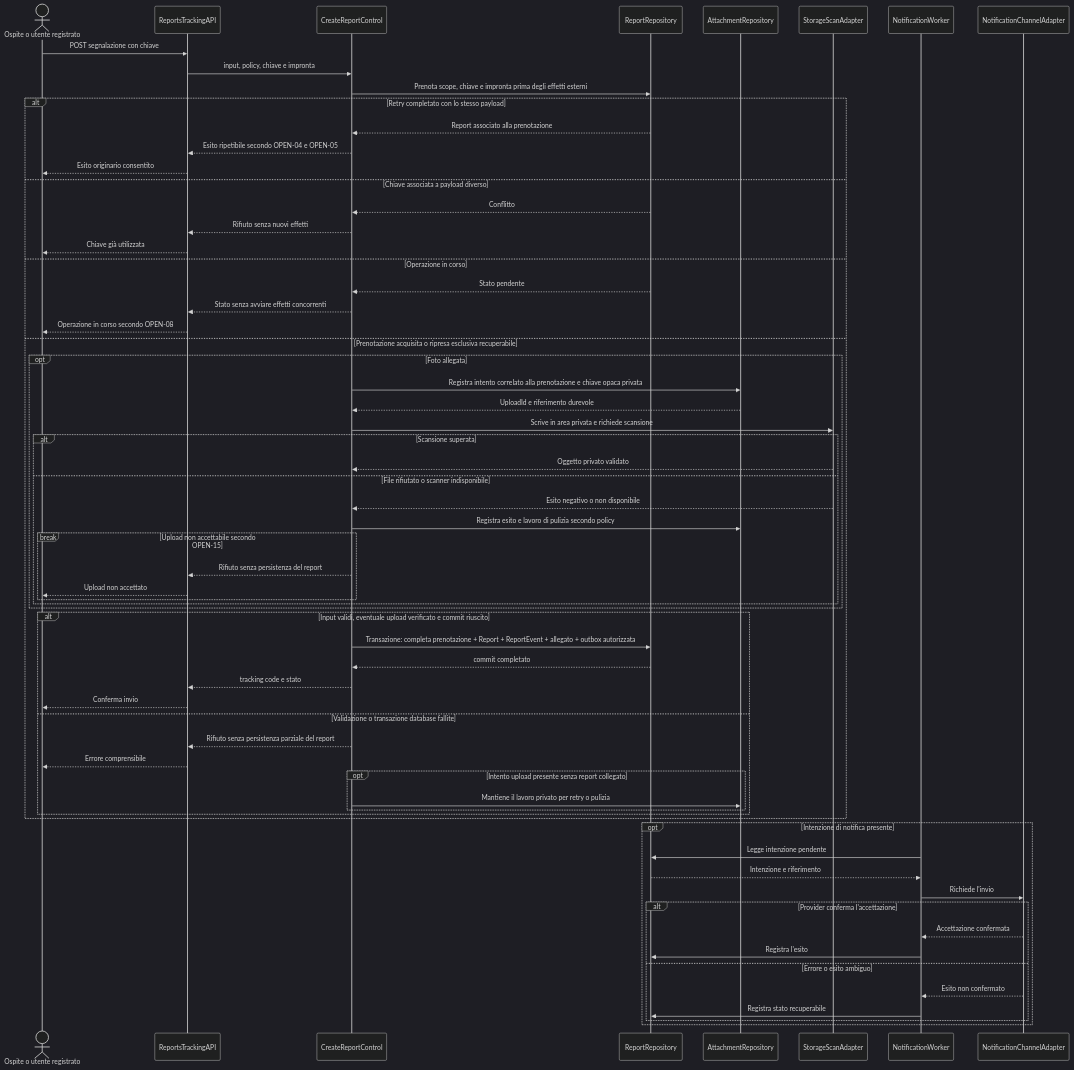
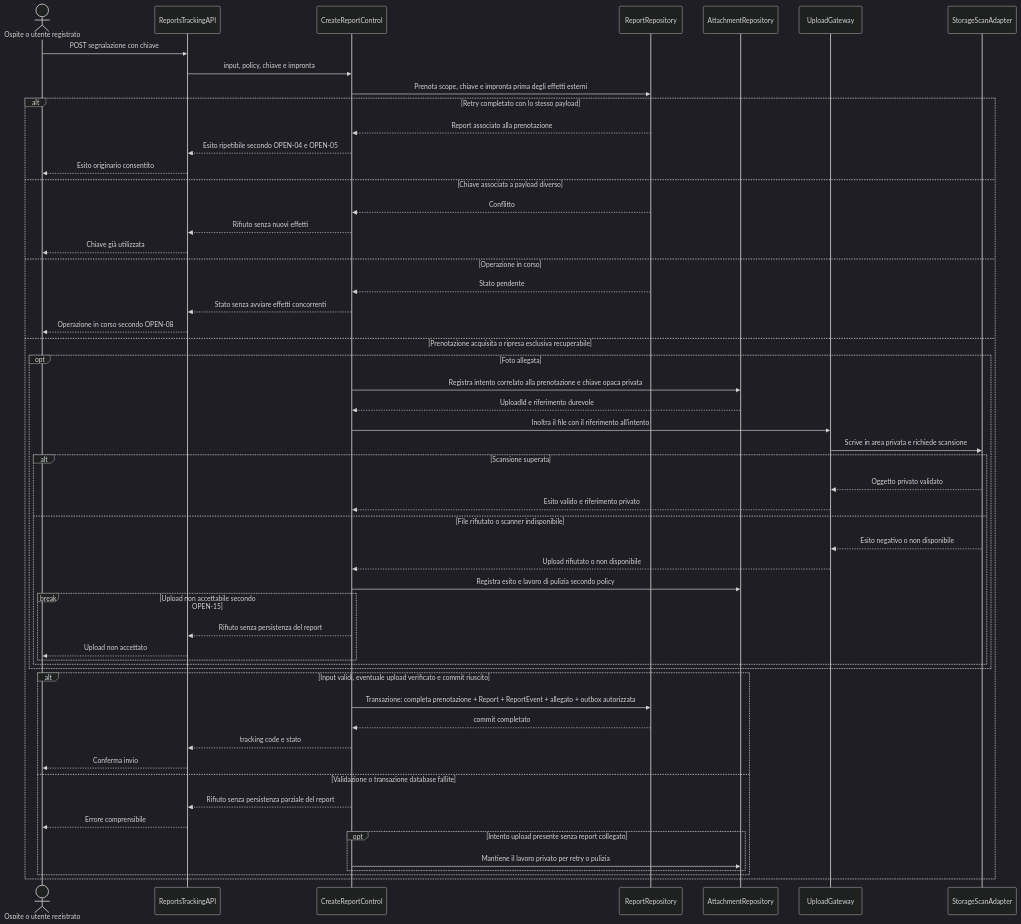
One commit to andreaplini/aegis changed the fifth of 10 diagrams in docs/RAD.md. Above: the diagram before and after it, drawn with Mermaid (dark theme). The commit also changed other lines of this file and 2 other files, not shown here.

Commit message:
docs: align UML boundaries and readable sequences

````diff
--- a/docs/RAD.md
+++ b/docs/RAD.md
@@ -513,68 +513,58 @@
 ```mermaid
 sequenceDiagram
   accDescr: L'API salva segnalazione, evento e intenzione di notifica autorizzata in modo atomico. Un worker invia la notifica dopo il commit e registra gli esiti.
   actor U as Ospite o utente registrato
   participant API as ReportsTrackingAPI
   participant UC as CreateReportControl
   participant Repo as ReportRepository
   participant Attach as AttachmentRepository
+  participant Gateway as UploadGateway
   participant Upload as StorageScanAdapter
-  participant W as NotificationWorker
-  participant N as NotificationChannelAdapter
   U->>API: POST segnalazione con chiave
   API->>UC: input, policy, chiave e impronta
   UC->>Repo: Prenota scope, chiave e impronta prima degli effetti esterni
   alt Retry completato con lo stesso payload
     Repo-->>UC: Report associato alla prenotazione
     UC-->>API: Esito ripetibile secondo OPEN-04 e OPEN-05
     API-->>U: Esito originario consentito
   else Chiave associata a payload diverso
     Repo-->>UC: Conflitto
     UC-->>API: Rifiuto senza nuovi effetti
     API-->>U: Chiave già utilizzata
   else Operazione in corso
     Repo-->>UC: Stato pendente
     UC-->>API: Stato senza avviare effetti concorrenti
     API-->>U: Operazione in corso secondo OPEN-08
   else Prenotazione acquisita o ripresa esclusiva recuperabile
     opt Foto allegata
       UC->>Attach: Registra intento correlato alla prenotazione e chiave opaca privata
       Attach-->>UC: UploadId e riferimento durevole
-      UC->>Upload: Scrive in area privata e richiede scansione
+      UC->>Gateway: Inoltra il file con il riferimento all'intento
+      Gateway->>Upload: Scrive in area privata e richiede scansione
       alt Scansione superata
-        Upload-->>UC: Oggetto privato validato
+        Upload-->>Gateway: Oggetto privato validato
+        Gateway-->>UC: Esito valido e riferimento privato
       else File rifiutato o scanner indisponibile
-        Upload-->>UC: Esito negativo o non disponibile
+        Upload-->>Gateway: Esito negativo o non disponibile
+        Gateway-->>UC: Upload rifiutato o non disponibile
         UC->>Attach: Registra esito e lavoro di pulizia secondo policy
         break Upload non accettabile secondo OPEN-15
           UC-->>API: Rifiuto senza persistenza del report
           API-->>U: Upload non accettato
         end
       end
     end
     alt Input validi, eventuale upload verificato e commit riuscito
       UC->>Repo: Transazione: completa prenotazione + Report + ReportEvent + allegato + outbox autorizzata
       Repo-->>UC: commit completato
       UC-->>API: tracking code e stato
       API-->>U: Conferma invio
     else Validazione o transazione database fallite
       UC-->>API: Rifiuto senza persistenza parziale del report
       API-->>U: Errore comprensibile
       opt Intento upload presente senza report collegato
         UC->>Attach: Mantiene il lavoro privato per retry o pulizia
       end
     end
   end
-  opt Intenzione di notifica presente
-    W->>Repo: Legge intenzione pendente
-    Repo-->>W: Intenzione e riferimento
-    W->>N: Richiede l'invio
-    alt Provider conferma l'accettazione
-      N-->>W: Accettazione confermata
-      W->>Repo: Registra l'esito
-    else Errore o esito ambiguo
-      N-->>W: Esito non confermato
-      W->>Repo: Registra stato recuperabile
-    end
-  end
 ```
````
